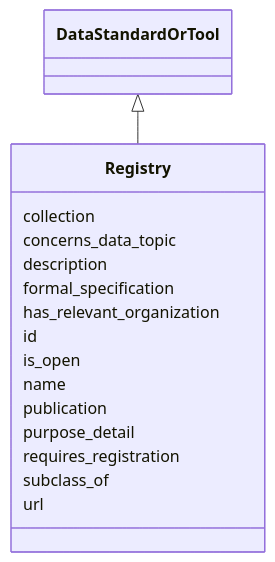
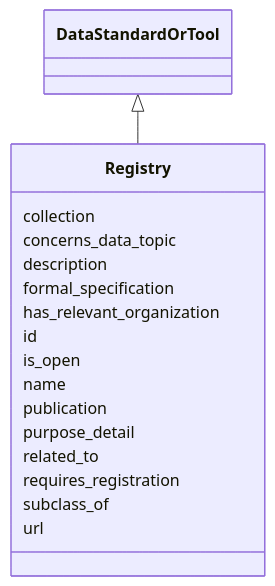
The diagram in docs/Registry.md (bridge2ai/standards-schemas), drawn with Mermaid before and after one commit. The commit also changed other lines of this file and 65 other files, not shown here.

````diff
--- a/docs/Registry.md
+++ b/docs/Registry.md
@@ -11,20 +11,21 @@
 ```mermaid
  classDiagram
     class Registry
       DataStandardOrTool <|-- Registry
       
       Registry : collection
       Registry : concerns_data_topic
       Registry : description
       Registry : formal_specification
       Registry : has_relevant_organization
       Registry : id
       Registry : is_open
       Registry : name
       Registry : publication
       Registry : purpose_detail
+      Registry : related_to
       Registry : requires_registration
       Registry : subclass_of
       Registry : url
       
 ```
````
